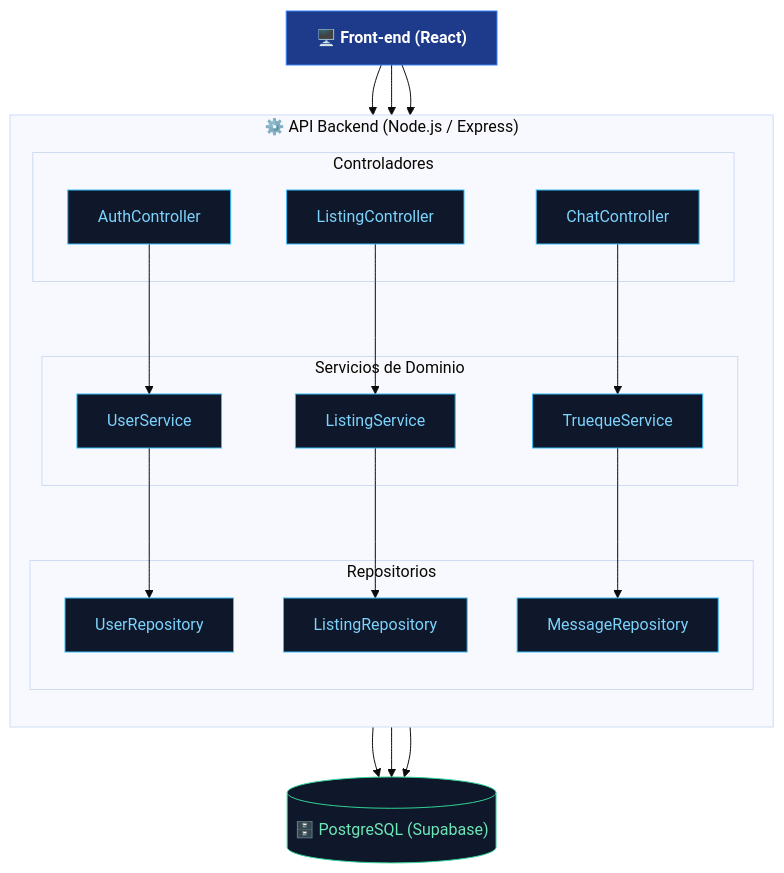
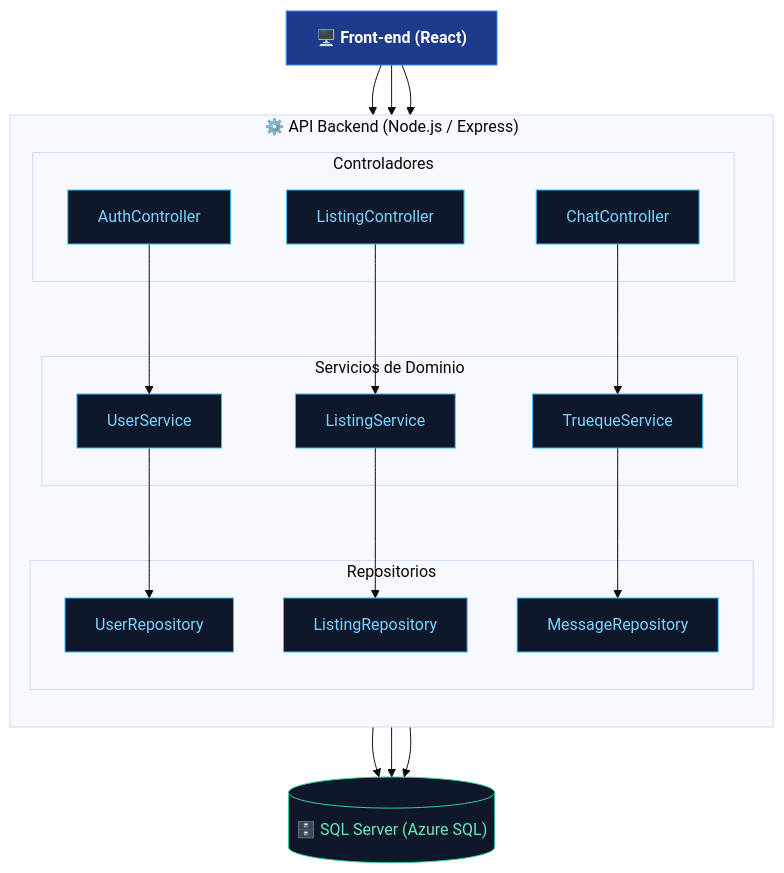
The third of 4 diagrams in docs/c4/C4_MODELO_TRUEKE.md (IngMartinG/TRUEKE-BOGOTA-SOLIDARIO-), drawn with Mermaid (base theme) before and after one commit. The commit also changed other lines of this file and 10 other files, not shown here.

````diff
--- a/docs/c4/C4_MODELO_TRUEKE.md
+++ b/docs/c4/C4_MODELO_TRUEKE.md
@@ -74,42 +74,42 @@
 ```mermaid
 flowchart TB
     FE["🖥️ Front-end (React)"]:::container
 
     subgraph API["⚙️ API Backend (Node.js / Express)"]
         direction TB
         subgraph CTRL["Controladores"]
             C1["AuthController"]:::component
             C2["ListingController"]:::component
             C3["ChatController"]:::component
         end
         subgraph SVC["Servicios de Dominio"]
             S1["UserService"]:::component
             S2["ListingService"]:::component
             S3["TruequeService"]:::component
         end
         subgraph REPO["Repositorios"]
             R1["UserRepository"]:::component
             R2["ListingRepository"]:::component
             R3["MessageRepository"]:::component
         end
     end
 
-    DB[("🗄️ PostgreSQL (Supabase)")]:::database
+    DB[("🗄️ SQL Server (Azure SQL)")]:::database
 
     FE --> C1
     FE --> C2
     FE --> C3
     C1 --> S1
     C2 --> S2
     C3 --> S3
     S1 --> R1
     S2 --> R2
     S3 --> R3
     R1 --> DB
     R2 --> DB
     R3 --> DB
 
     classDef container fill:#1e3a8a,color:#ffffff,stroke:#3b82f6,stroke-width:1px,font-weight:bold;
     classDef component fill:#0f172a,color:#7dd3fc,stroke:#38bdf8,stroke-width:1px;
     classDef database fill:#0f172a,color:#6ee7b7,stroke:#34d399,stroke-width:1px;
 ```
````
